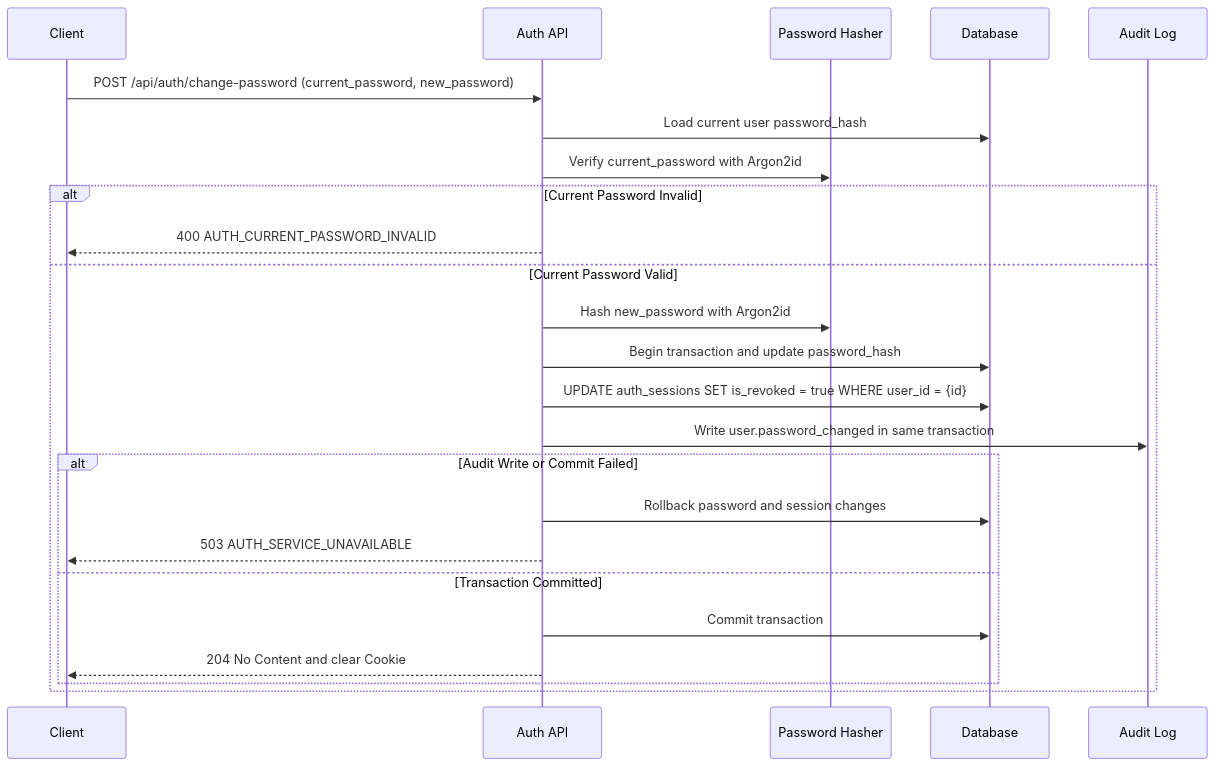
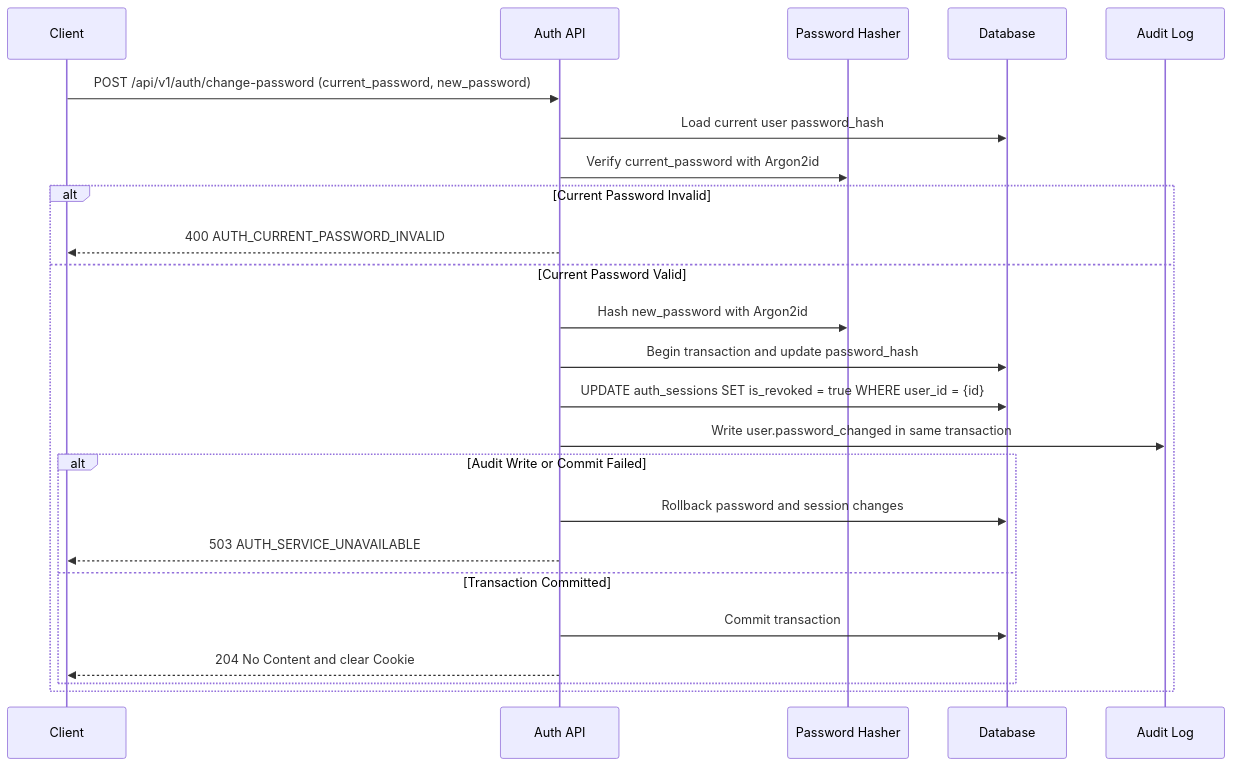
Before and after one commit to napgat/NyNetMate-Research: the fifth of 5 diagrams in 02_feature/00_Authentication(Naphat)/03_Component Diagram.md, drawn with Mermaid. The commit also changed other lines of this file and 57 other files, not shown here.

````diff
--- a/02_feature/00_Authentication(Naphat)/03_Component Diagram.md
+++ b/02_feature/00_Authentication(Naphat)/03_Component Diagram.md
@@ -360,27 +363,27 @@
 ```mermaid
 sequenceDiagram
     participant C as Client
     participant A as Auth API
     participant H as Password Hasher
     participant DB as Database
     participant L as Audit Log
 
-    C->>A: POST /api/auth/change-password (current_password, new_password)
+    C->>A: POST /api/v1/auth/change-password (current_password, new_password)
     A->>DB: Load current user password_hash
     A->>H: Verify current_password with Argon2id
     alt Current Password Invalid
         A-->>C: 400 AUTH_CURRENT_PASSWORD_INVALID
     else Current Password Valid
         A->>H: Hash new_password with Argon2id
         A->>DB: Begin transaction and update password_hash
         A->>DB: UPDATE auth_sessions SET is_revoked = true WHERE user_id = {id}
         A->>L: Write user.password_changed in same transaction
         alt Audit Write or Commit Failed
             A->>DB: Rollback password and session changes
             A-->>C: 503 AUTH_SERVICE_UNAVAILABLE
         else Transaction Committed
             A->>DB: Commit transaction
             A-->>C: 204 No Content and clear Cookie
         end
     end
 ```
````
